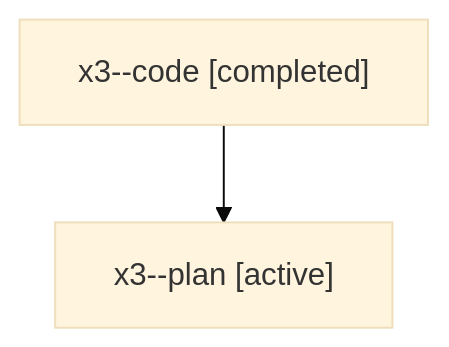
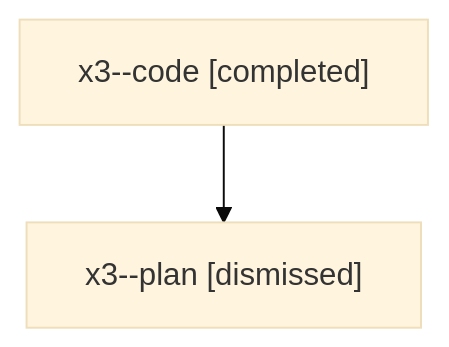
Before and after one commit to sase-org/sase--agents: the diagram in sessions/bbugyi200.athena.x3.md, drawn with Mermaid (base theme). The commit also changed other lines of this file and 30 other files, not shown here.

````diff
--- a/sessions/bbugyi200.athena.x3.md
+++ b/sessions/bbugyi200.athena.x3.md
@@ -9,6 +9,6 @@
 ```mermaid
 flowchart TD
   n0["x3--code [completed]"]
-  n1["x3--plan [active]"]
+  n1["x3--plan [dismissed]"]
   n0 --> n1
 ```
````
